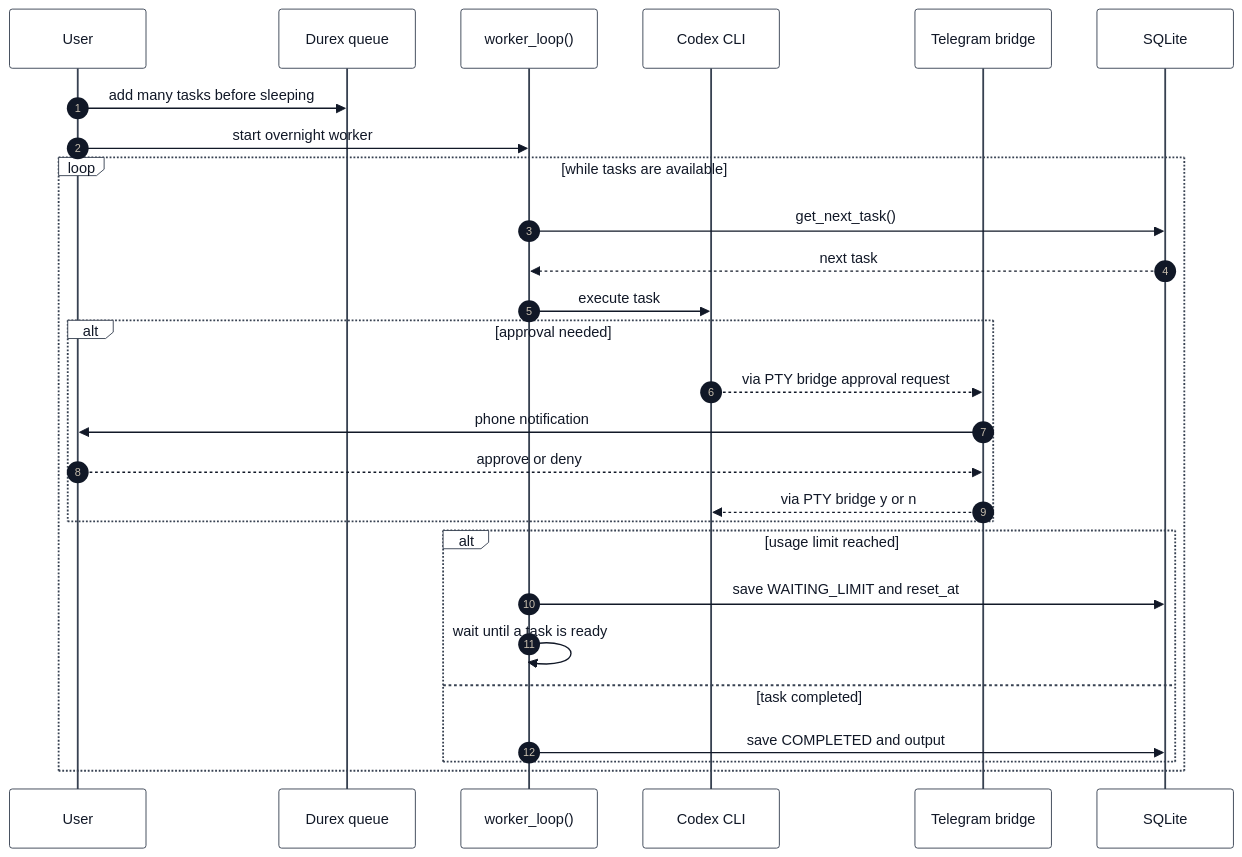
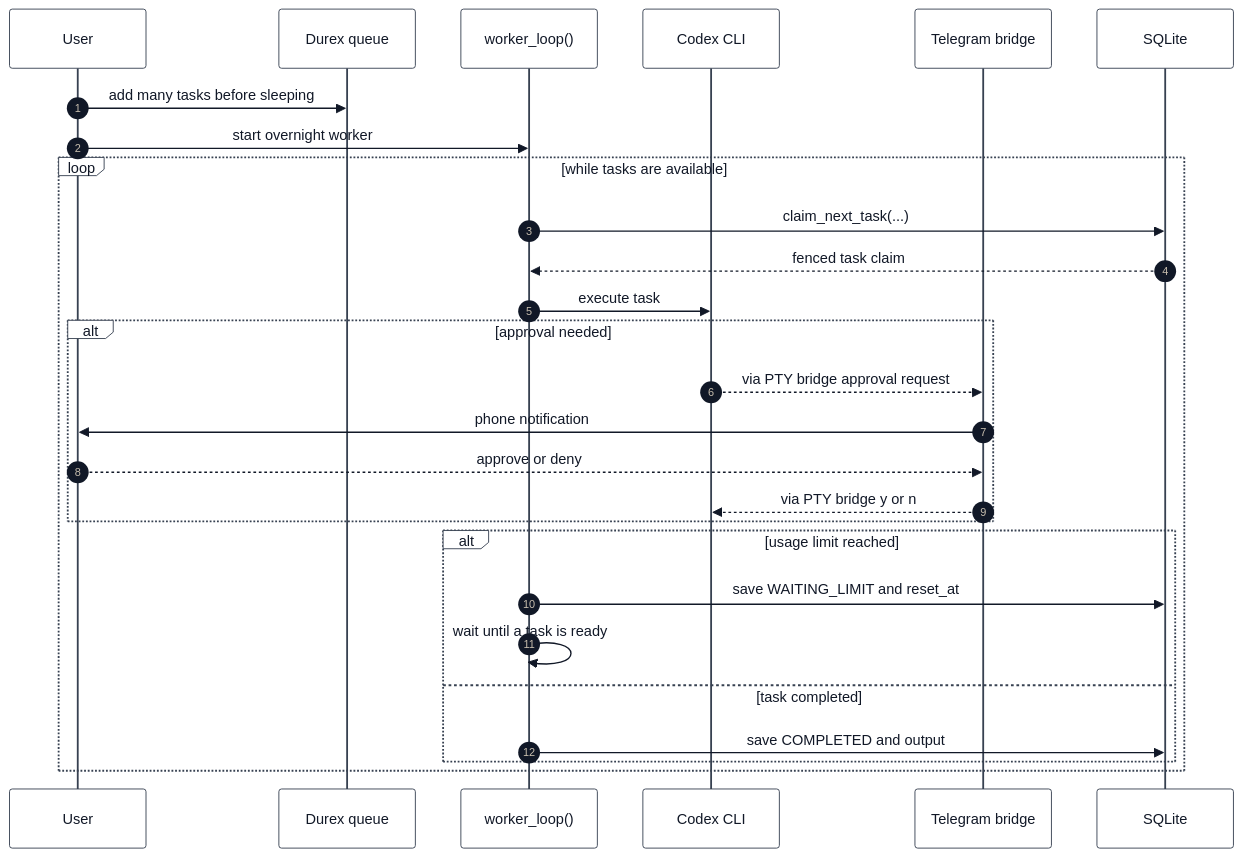
One commit to kinderp/durex changed the tenth of 10 diagrams in docs/SEQUENCE_DIAGRAMS.md. Above: the diagram before and after it, drawn with Mermaid. The commit also changed other lines of this file and 12 other files, not shown here.

````diff
--- a/docs/SEQUENCE_DIAGRAMS.md
+++ b/docs/SEQUENCE_DIAGRAMS.md
@@ -696,31 +695,31 @@
 ```mermaid
 %%{init: {"theme": "base", "themeVariables": {"primaryColor": "#ffffff", "primaryTextColor": "#111827", "primaryBorderColor": "#374151", "lineColor": "#374151", "secondaryColor": "#f3f4f6", "tertiaryColor": "#ffffff", "textColor": "#111827", "mainBkg": "#ffffff", "nodeBorder": "#374151", "clusterBkg": "#f9fafb", "clusterBorder": "#9ca3af", "edgeLabelBackground": "#ffffff", "actorBkg": "#ffffff", "actorBorder": "#374151", "actorTextColor": "#111827", "activationBkgColor": "#e5e7eb", "activationBorderColor": "#374151", "signalColor": "#111827", "signalTextColor": "#111827", "noteBkgColor": "#fef3c7", "noteTextColor": "#111827", "noteBorderColor": "#92400e"}}}%%
 sequenceDiagram
     autonumber
     participant User
     participant Queue as Durex queue
     participant Worker as worker_loop()
     participant Codex as Codex CLI
     participant Telegram as Telegram bridge
     participant DB as SQLite
 
     User->>Queue: add many tasks before sleeping
     User->>Worker: start overnight worker
     loop while tasks are available
-        Worker->>DB: get_next_task()
-        DB-->>Worker: next task
+        Worker->>DB: claim_next_task(...)
+        DB-->>Worker: fenced task claim
         Worker->>Codex: execute task
         alt approval needed
             Codex-->>Telegram: via PTY bridge approval request
             Telegram->>User: phone notification
             User-->>Telegram: approve or deny
             Telegram-->>Codex: via PTY bridge y or n
         end
         alt usage limit reached
             Worker->>DB: save WAITING_LIMIT and reset_at
             Worker->>Worker: wait until a task is ready
         else task completed
             Worker->>DB: save COMPLETED and output
         end
     end
 ```
````
